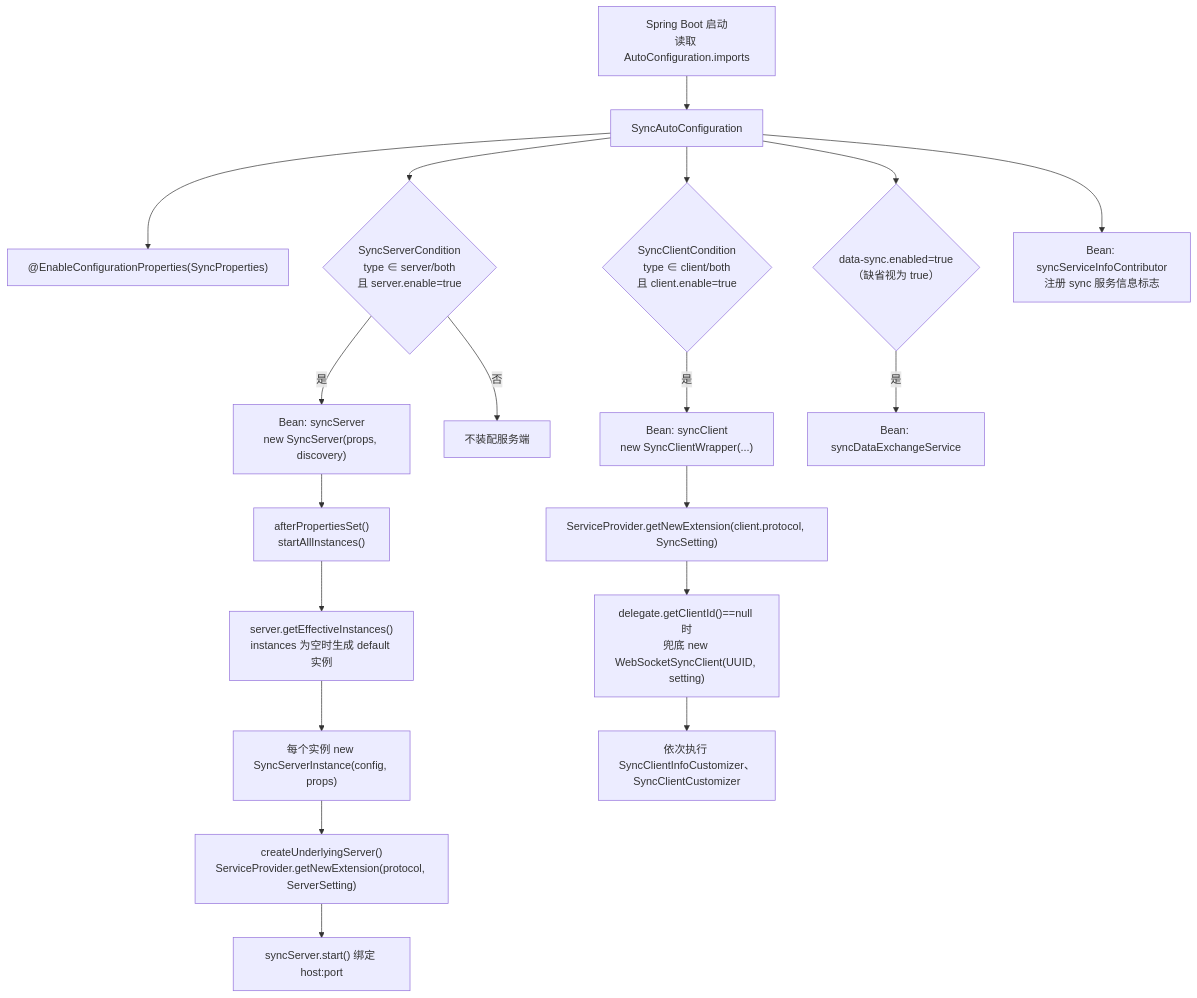
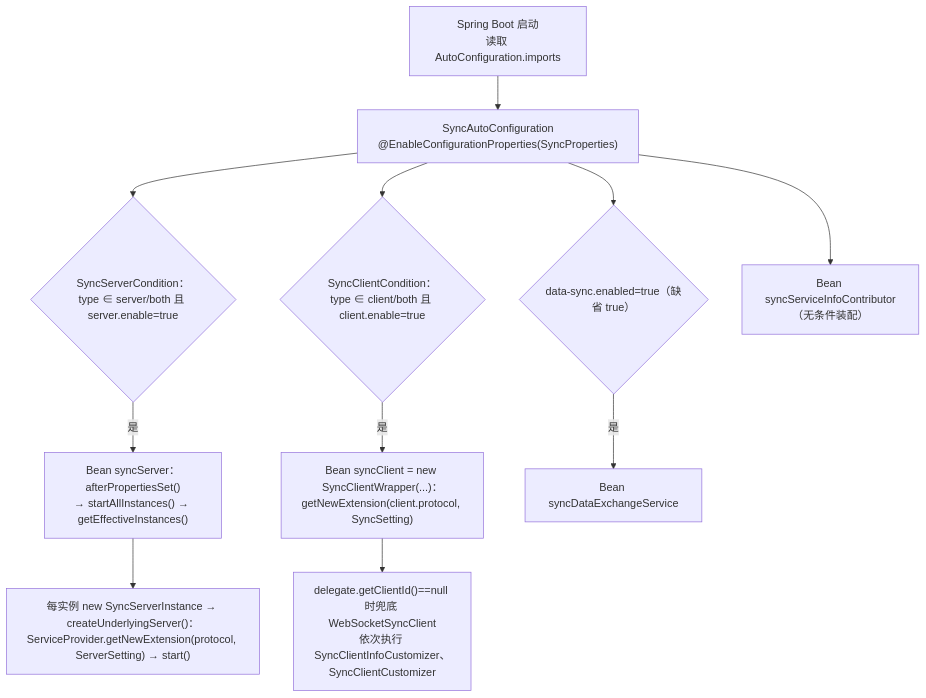
The second of 2 diagrams in spring-support-sync-starter/README.md (CHTK001/spring-support-parent-starter), drawn with Mermaid before and after one commit. The commit also changed other lines of this file and 54 other files, not shown here.

````diff
--- a/spring-support-sync-starter/README.md
+++ b/spring-support-sync-starter/README.md
@@ -102,21 +44,12 @@
 ```mermaid
 flowchart TB
-    BOOT["Spring Boot 启动<br/>读取 AutoConfiguration.imports"] --> AUTO["SyncAutoConfiguration"]
-    AUTO --> EP["@EnableConfigurationProperties(SyncProperties)"]
-    AUTO --> C1{"SyncServerCondition<br/>type ∈ server/both<br/>且 server.enable=true"}
-    C1 -->|是| BS["Bean: syncServer<br/>new SyncServer(props, discovery)"]
-    C1 -->|否| SKIP1["不装配服务端"]
-    BS --> AIS["afterPropertiesSet()<br/>startAllInstances()"]
-    AIS --> EFF["server.getEffectiveInstances()<br/>instances 为空时生成 default 实例"]
-    EFF --> INST["每个实例 new SyncServerInstance(config, props)"]
-    INST --> CREATE["createUnderlyingServer()<br/>ServiceProvider.getNewExtension(protocol, ServerSetting)"]
-    CREATE --> START["syncServer.start() 绑定 host:port"]
-    AUTO --> C2{"SyncClientCondition<br/>type ∈ client/both<br/>且 client.enable=true"}
-    C2 -->|是| BC["Bean: syncClient<br/>new SyncClientWrapper(...)"]
-    BC --> SPI2["ServiceProvider.getNewExtension(client.protocol, SyncSetting)"]
-    SPI2 --> FB["delegate.getClientId()==null 时<br/>兜底 new WebSocketSyncClient(UUID, setting)"]
-    FB --> CUSTOM["依次执行 SyncClientInfoCustomizer、SyncClientCustomizer"]
-    AUTO --> C3{"data-sync.enabled=true<br/>（缺省视为 true）"}
-    C3 -->|是| BEX["Bean: syncDataExchangeService"]
-    AUTO --> BINFO["Bean: syncServiceInfoContributor<br/>注册 sync 服务信息标志"]
+    BOOT["Spring Boot 启动<br/>读取 AutoConfiguration.imports"] --> AUTO["SyncAutoConfiguration<br/>@EnableConfigurationProperties(SyncProperties)"]
+    AUTO --> C1{"SyncServerCondition：<br/>type ∈ server/both 且 server.enable=true"}
+    C1 -->|是| BS["Bean syncServer：afterPropertiesSet()<br/>→ startAllInstances() → getEffectiveInstances()"]
+    BS --> INST["每实例 new SyncServerInstance → createUnderlyingServer()：<br/>ServiceProvider.getNewExtension(protocol, ServerSetting) → start()"]
+    AUTO --> C2{"SyncClientCondition：<br/>type ∈ client/both 且 client.enable=true"}
+    C2 -->|是| BC["Bean syncClient = new SyncClientWrapper(...)：<br/>getNewExtension(client.protocol, SyncSetting)"]
+    BC --> FB["delegate.getClientId()==null 时兜底 WebSocketSyncClient<br/>依次执行 SyncClientInfoCustomizer、SyncClientCustomizer"]
+    AUTO --> C3{"data-sync.enabled=true（缺省 true）"} -->|是| BEX["Bean syncDataExchangeService"]
+    AUTO --> BINFO["Bean syncServiceInfoContributor（无条件装配）"]
 ```
````
